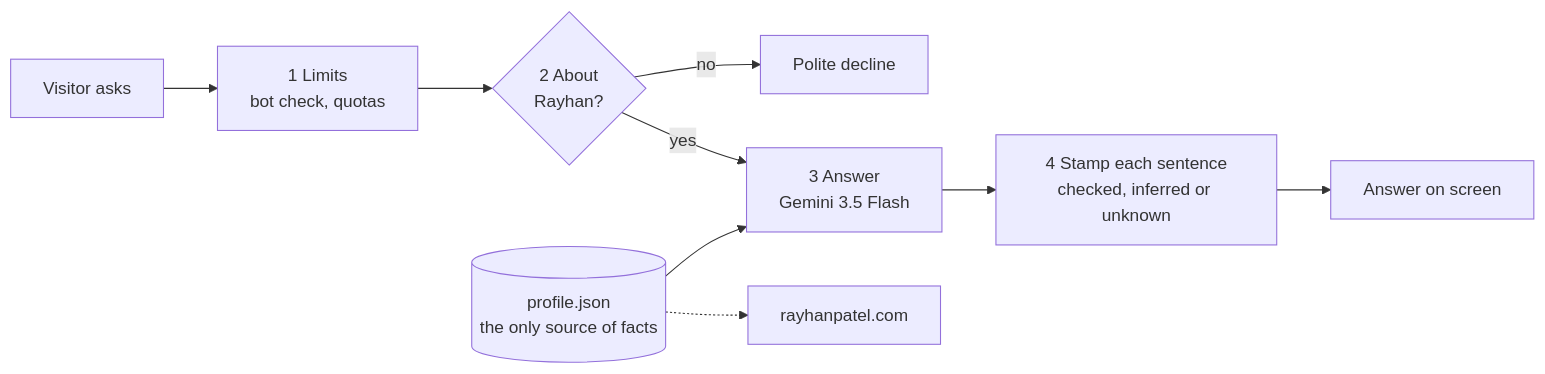
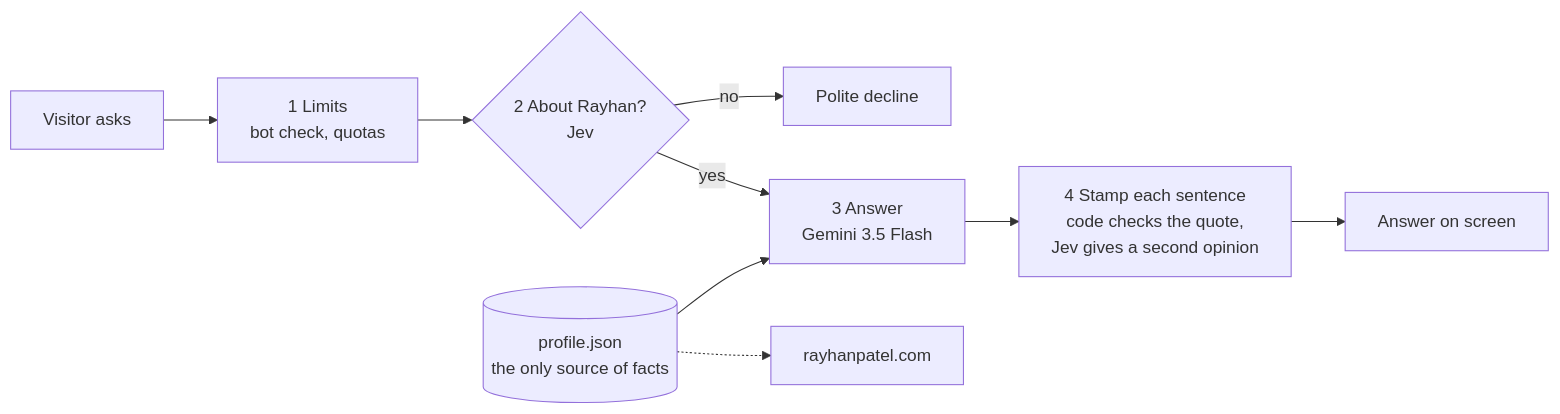
One commit to Rayhanpatel/AI-Resume-Agent changed the diagram in README.md. Above: the diagram before and after it, drawn with Mermaid. The commit also changed other lines of this file, not shown here.

Commit message:
README: name Jev in the diagram and the steps (the off-topic check and the stamps' second opinion)

````diff
--- a/README.md
+++ b/README.md
@@ -17,13 +17,13 @@
 ```mermaid
 flowchart LR
     accTitle: How a question is answered
-    accDescr: A question goes from the chat page through limits and an off-topic check to the answer model, which reads only profile.json, and every sentence of the answer is stamped before the visitor sees it. The same profile.json renders rayhanpatel.com.
+    accDescr: A question goes through limits, then Jev, a decision model, checks it is about Rayhan. Gemini answers from profile.json only, and every sentence is stamped, with Jev giving a second opinion, before the visitor sees it. The same profile.json renders rayhanpatel.com.
     V["Visitor asks"] --> L["1 Limits<br/>bot check, quotas"]
-    L --> G{"2 About<br/>Rayhan?"}
+    L --> G{"2 About Rayhan?<br/>Jev"}
     G -->|"no"| N["Polite decline"]
     G -->|"yes"| A["3 Answer<br/>Gemini 3.5 Flash"]
     P[("profile.json<br/>the only source of facts")] --> A
-    A --> S["4 Stamp each sentence<br/>checked, inferred or unknown"]
+    A --> S["4 Stamp each sentence<br/>code checks the quote,<br/>Jev gives a second opinion"]
     S --> R["Answer on screen"]
     P -.-> W["rayhanpatel.com"]
 ```
````
